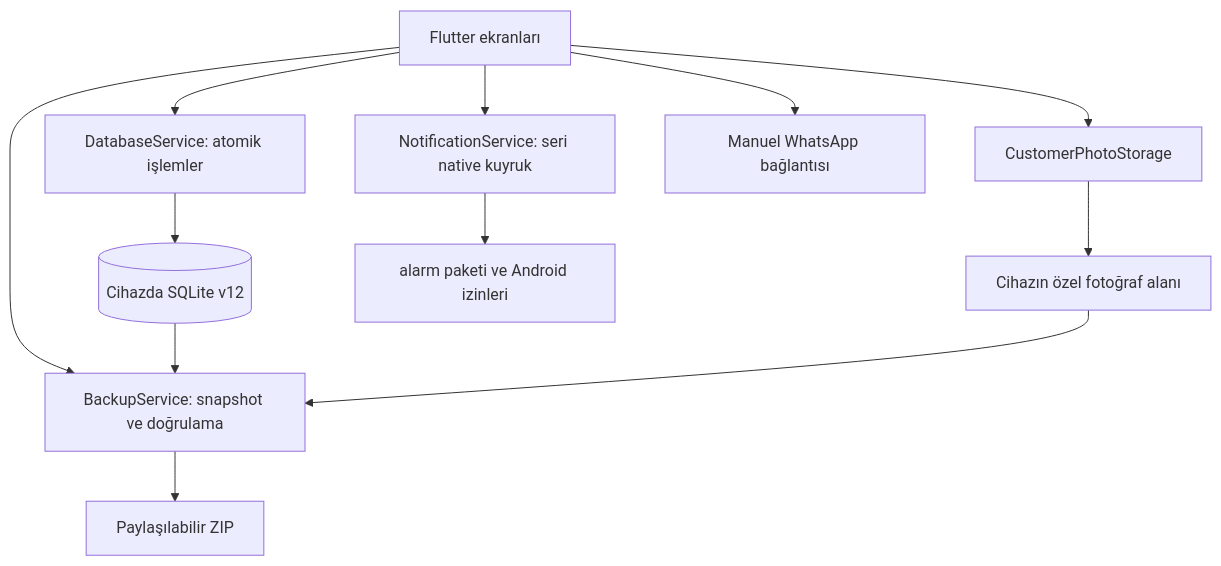
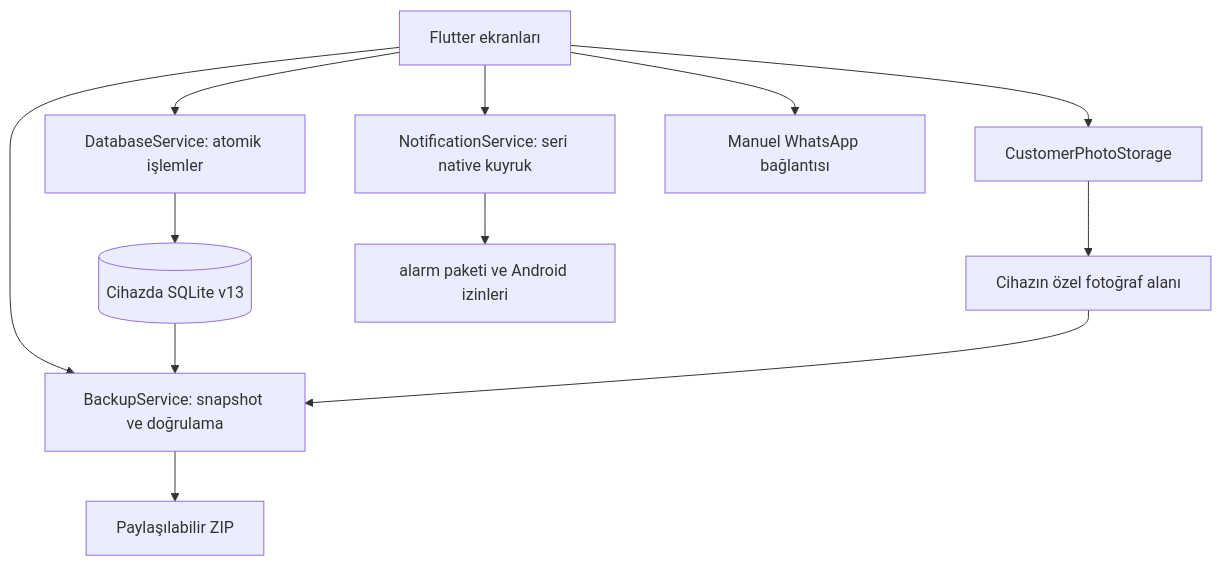
Before and after one commit to sevketsekerciler63/barberbook: the diagram in docs/architecture.md, drawn with Mermaid. The commit also changed other lines of this file and 22 other files, not shown here.

````diff
--- a/docs/architecture.md
+++ b/docs/architecture.md
@@ -3,14 +3,14 @@
 ```mermaid
 flowchart TD
   UI[Flutter ekranları] --> DB[DatabaseService: atomik işlemler]
-  DB --> SQL[(Cihazda SQLite v12)]
+  DB --> SQL[(Cihazda SQLite v13)]
   UI --> Photo[CustomerPhotoStorage]
   Photo --> Files[Cihazın özel fotoğraf alanı]
   UI --> Alarm[NotificationService: seri native kuyruk]
   Alarm --> Android[alarm paketi ve Android izinleri]
   UI --> Backup[BackupService: snapshot ve doğrulama]
   SQL --> Backup
   Files --> Backup
   Backup --> ZIP[Paylaşılabilir ZIP]
   UI --> WP[Manuel WhatsApp bağlantısı]
 ```
````
